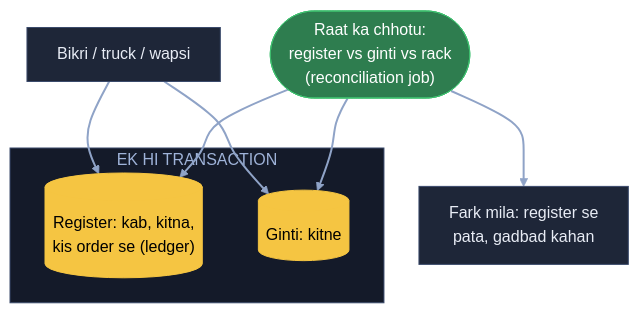
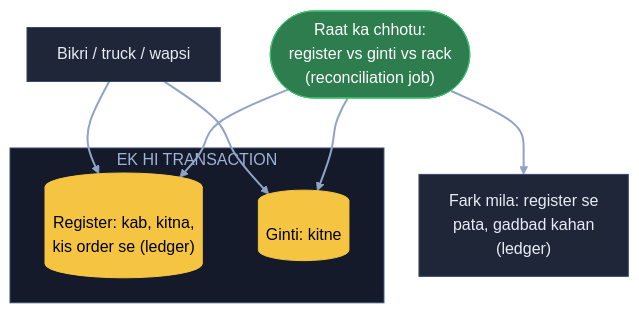
Before and after one commit to ArpanMaheshwari144/Prep: the third of 8 diagrams in 04_HLD/SYSTEM_DESIGNS/21_inventory_system/21_inventory_system.md, drawn with Mermaid. The commit also changed other lines of this file and 20 other files, not shown here.

Commit message:
HLD main files: diagram me kahani shabd + bracket me asli naam (21 design, 182 label)

````diff
--- a/04_HLD/SYSTEM_DESIGNS/21_inventory_system/21_inventory_system.md
+++ b/04_HLD/SYSTEM_DESIGNS/21_inventory_system/21_inventory_system.md
@@ -165,21 +165,21 @@
 ```mermaid
 flowchart TB
     S["Bikri / truck / wapsi"]:::card
     subgraph TX["EK HI TRANSACTION"]
         L[("Register: kab, kitna,<br/>kis order se (ledger)")]:::pill
         G[("Ginti: kitne")]:::pill
     end
     C(["Raat ka chhotu:<br/>register vs ginti vs rack<br/>(reconciliation job)"]):::good
-    F["Fark mila: register se<br/>pata, gadbad kahan"]:::card
+    F["Fark mila: register se<br/>pata, gadbad kahan<br/>(ledger)"]:::card
     S --> L
     S --> G
     C --> L
     C --> G
     C --> F
     linkStyle default stroke:#8fa3c7,stroke-width:2px
     classDef card fill:#1e2638,stroke:#3a4a6b,color:#e8ecf5
     classDef pill fill:#f5c542,stroke:#f5c542,color:#000
     classDef good fill:#2e7d4f,stroke:#3fbf6f,color:#fff
     classDef bad fill:#5c1f24,stroke:#e05561,color:#fff
     style TX fill:#141a29,stroke:#3a4a6b,color:#9fb3d9
 ```
````
